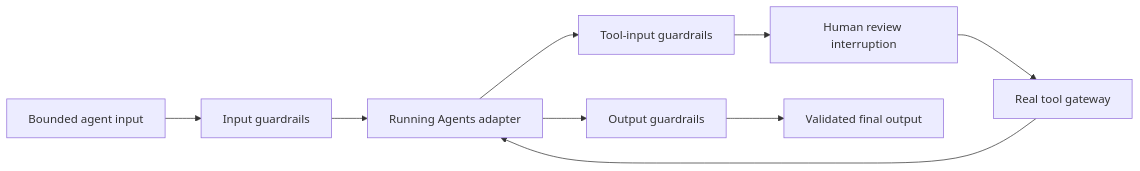
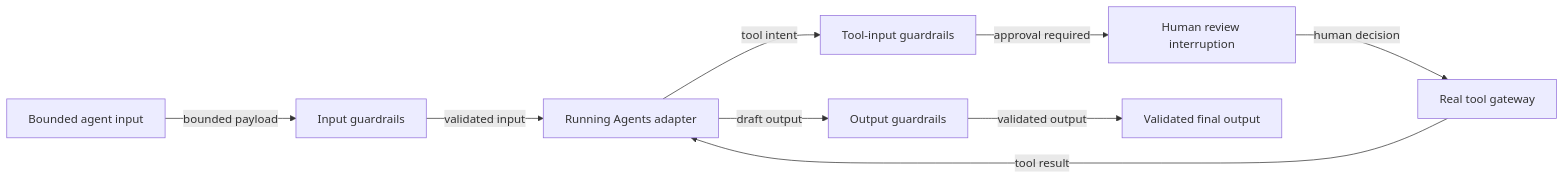
Before and after one commit to huijoohwee/agentic-canvas-os: the diagram in docs/GUARDRAILS-HUMAN-REVIEW.md, drawn with Mermaid. The commit also changed 5 other files, not shown here.

Commit message:
Adopt preserved canvas diagram documentation

````diff
--- a/docs/GUARDRAILS-HUMAN-REVIEW.md
+++ b/docs/GUARDRAILS-HUMAN-REVIEW.md
@@ -83,15 +83,20 @@
 ```mermaid
 flowchart LR
   input["Bounded agent input"]
   inputGuard["Input guardrails"]
   agent["Running Agents adapter"]
   toolGuard["Tool-input guardrails"]
   review["Human review interruption"]
   gateway["Real tool gateway"]
   outputGuard["Output guardrails"]
   final["Validated final output"]
 
-  input --> inputGuard --> agent --> toolGuard
-  toolGuard --> review --> gateway --> agent
-  agent --> outputGuard --> final
+  input -->|"bounded payload"| inputGuard
+  inputGuard -->|"validated input"| agent
+  agent -->|"tool intent"| toolGuard
+  toolGuard -->|"approval required"| review
+  review -->|"human decision"| gateway
+  gateway -->|"tool result"| agent
+  agent -->|"draft output"| outputGuard
+  outputGuard -->|"validated output"| final
 ```
````
